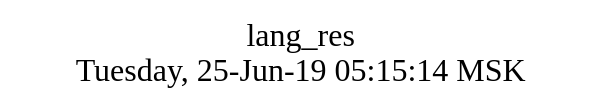
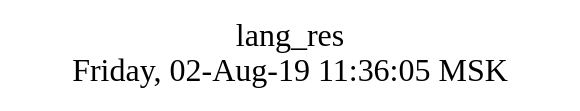
One commit to AplaProject/apps changed the diagram in src/lang_res/struct.dot. Above: the diagram before and after it, drawn with Graphviz. The commit also changed 3 other files, not shown here.

```diff
--- a/src/lang_res/struct.dot
+++ b/src/lang_res/struct.dot
@@ -1,10 +1,10 @@
 digraph G {
 graph [
   fontsize="24";
-  label="lang_res\nTuesday, 25-Jun-19 05:15:14 MSK";
+  label="lang_res\nFriday, 02-Aug-19 11:36:05 MSK";
   nojustify=true;
   ordering=out;
   rankdir=LR;
   size="30";
 ];
 }
```
